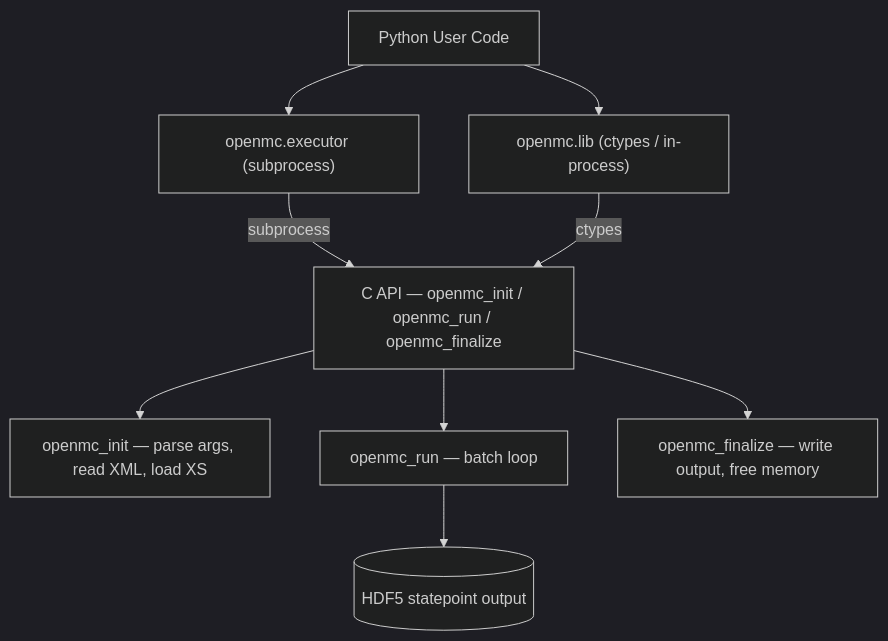
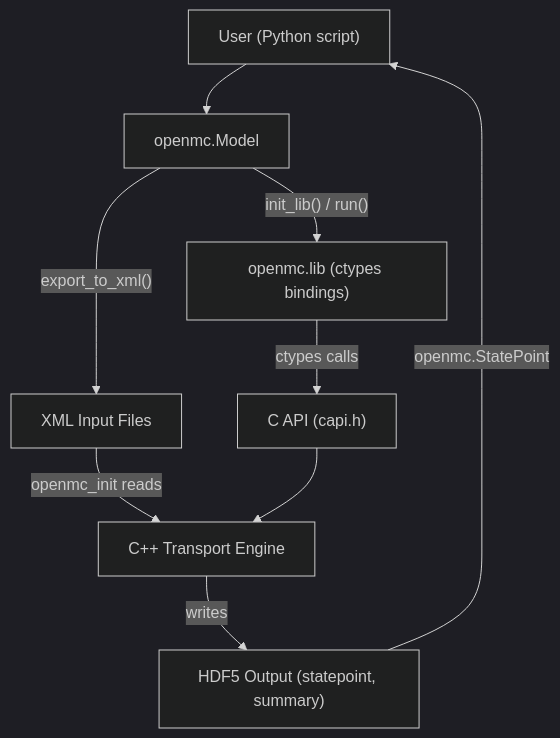
Before and after one commit to augment-solutions/deep-wikis: the second of 11 diagrams in src/content/wikis/openmc-dev-openmc/index.mdx, drawn with Mermaid (dark theme). The commit also changed other lines of this file, not shown here.

Commit message:
deep-wiki: update openmc-dev-openmc

````diff
--- a/src/content/wikis/openmc-dev-openmc/index.mdx
+++ b/src/content/wikis/openmc-dev-openmc/index.mdx
@@ -135,20 +144,19 @@
 ```mermaid
 flowchart TD
-    user["Python User Code"]
-    executor["openmc.executor (subprocess)"]
-    lib["openmc.lib (ctypes / in-process)"]
-    capi["C API — openmc_init / openmc_run / openmc_finalize"]
-    init["openmc_init — parse args, read XML, load XS"]
-    run["openmc_run — batch loop"]
-    fin["openmc_finalize — write output, free memory"]
-    hdf5[("HDF5 statepoint output")]
+    user["User (Python script)"]
+    model["openmc.Model"]
+    xml["XML Input Files"]
+    lib["openmc.lib (ctypes bindings)"]
+    capi["C API (capi.h)"]
+    cpp["C++ Transport Engine"]
+    hdf5["HDF5 Output (statepoint, summary)"]
 
-    user --> executor
-    user --> lib
-    executor -->|subprocess| capi
-    lib -->|ctypes| capi
-    capi --> init
-    capi --> run
-    capi --> fin
-    run --> hdf5
+    user --> model
+    model -->|"export_to_xml()"| xml
+    model -->|"init_lib() / run()"| lib
+    xml -->|"openmc_init reads"| cpp
+    lib -->|"ctypes calls"| capi
+    capi --> cpp
+    cpp -->|"writes"| hdf5
+    hdf5 -->|"openmc.StatePoint"| user
 ```
````
